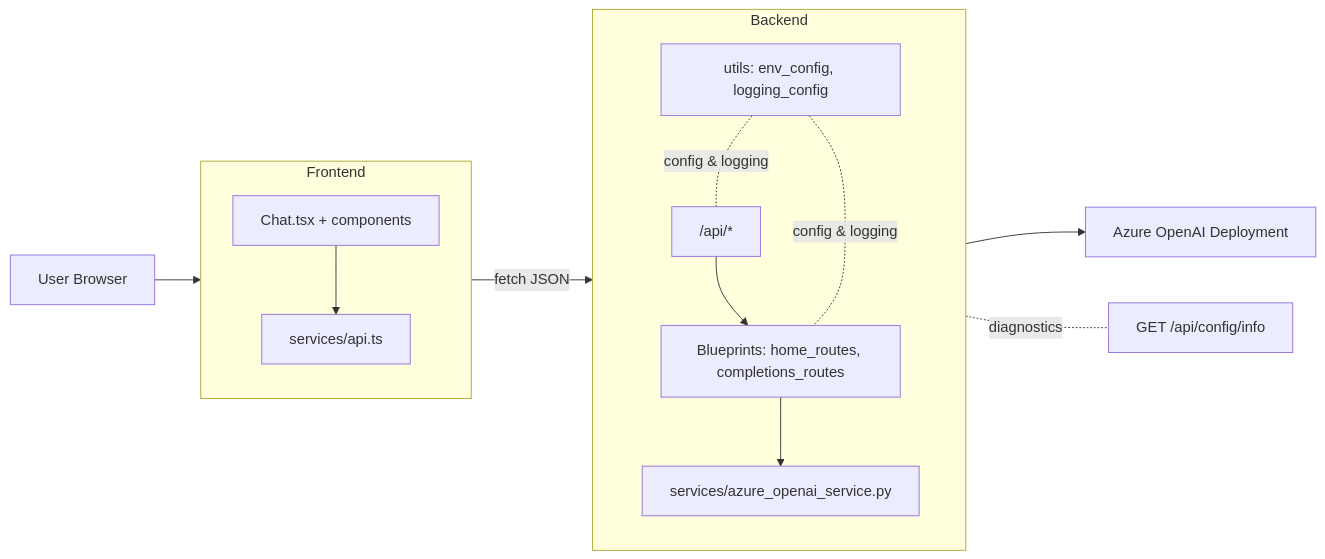
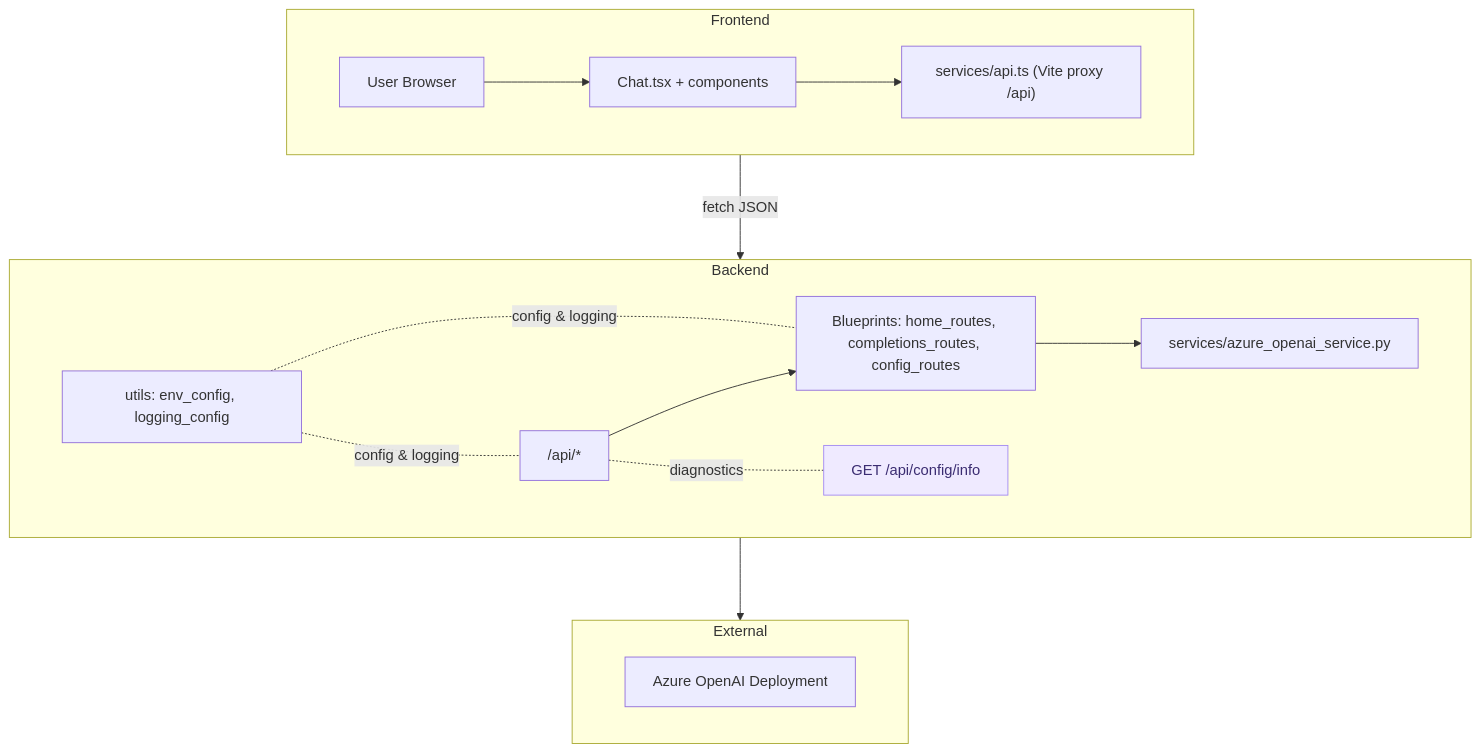
One commit to Swamy-s-Tech-Skills-Academy-AI-ML-Data/flask-react-aoai-completions changed the diagram in README.md. Above: the diagram before and after it, drawn with Mermaid.

Commit message:
Refactor architecture diagram in README.md for improved clarity and structure

````diff
--- a/README.md
+++ b/README.md
@@ -104,27 +104,43 @@
 ```mermaid
-flowchart LR
-  %% Frontend
-  subgraph Frontend
-    direction TB
+%%{init: {
+  'flowchart': { 'useMaxWidth': true, 'htmlLabels': true, 'nodeSpacing': 60, 'rankSpacing': 90 },
+  'themeVariables': { 'fontSize': '16px', 'fontFamily': 'Segoe UI, Roboto, Helvetica, Arial' }
+}}%%
+flowchart TB
+
+  %% Row 1 — Frontend
+  subgraph Row1["Frontend"]
+    direction LR
+    Browser["User Browser"]
     UI["Chat.tsx + components"]
-    APIClient["services/api.ts"]
-    UI --> APIClient
+    APIClient["services/api.ts (Vite proxy /api)"]
+    Browser --> UI --> APIClient
   end
 
-  %% Backend
-  subgraph Backend
-    direction TB
+  %% Row 2 — Backend
+  subgraph Row2["Backend"]
+    direction LR
     Gateway["/api/*"]
-    Routes["Blueprints: home_routes, completions_routes"]
+    Routes["Blueprints: home_routes, completions_routes, config_routes"]
     Service["services/azure_openai_service.py"]
     Utils["utils: env_config, logging_config"]
+
+    APIClient -- "fetch JSON" --> Gateway
     Gateway --> Routes --> Service
     Utils -. "config & logging" .- Gateway
     Utils -. "config & logging" .- Routes
+
+    ConfigInfo["GET /api/config/info"]:::diag
+    Gateway -. diagnostics .- ConfigInfo
   end
 
-  Browser["User Browser"] --> UI
-  APIClient -- "fetch JSON" --> Gateway
-  Service --> Azure["Azure OpenAI Deployment"]
-  Gateway -. diagnostics .- ConfigInfo["GET /api/config/info"]
+  classDef diag fill:#efeaff,stroke:#a48cf2,color:#3b2d72;
+
+  %% Row 3 — External
+  subgraph Row3["External"]
+    direction LR
+    Azure["Azure OpenAI Deployment"]
+  end
+
+  Service --> Azure
 ```
````
